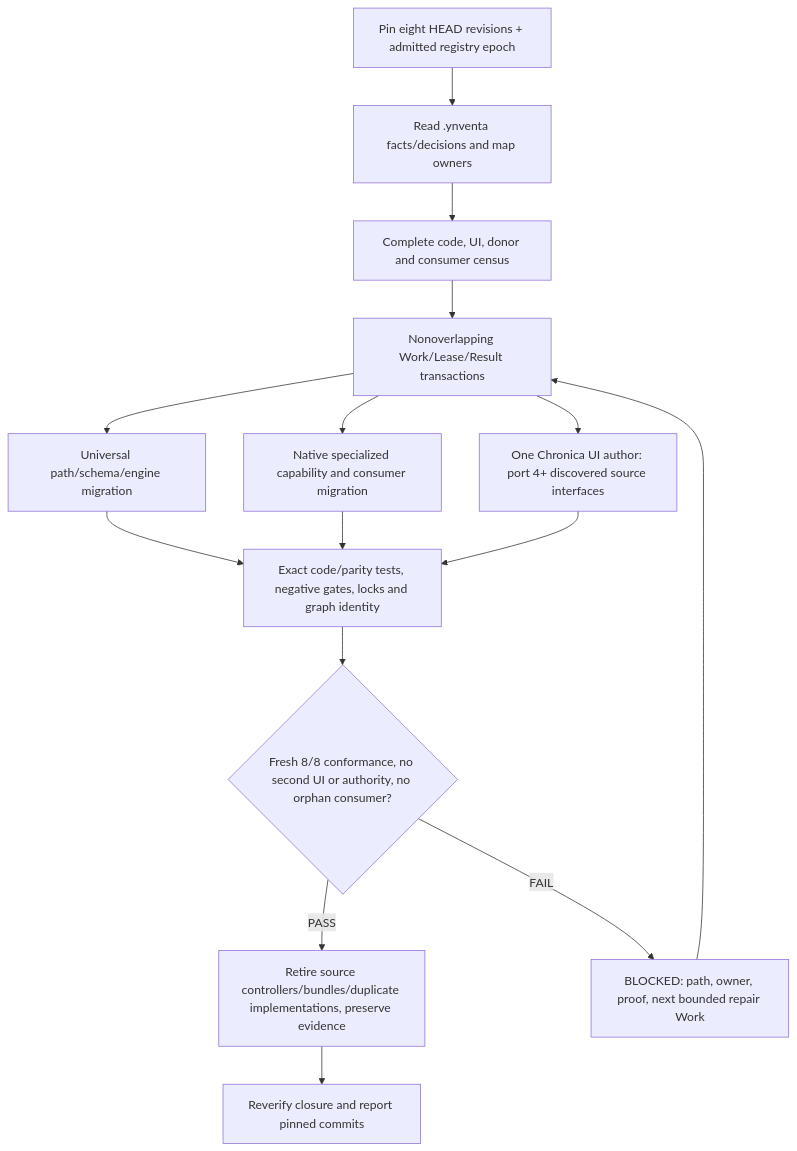
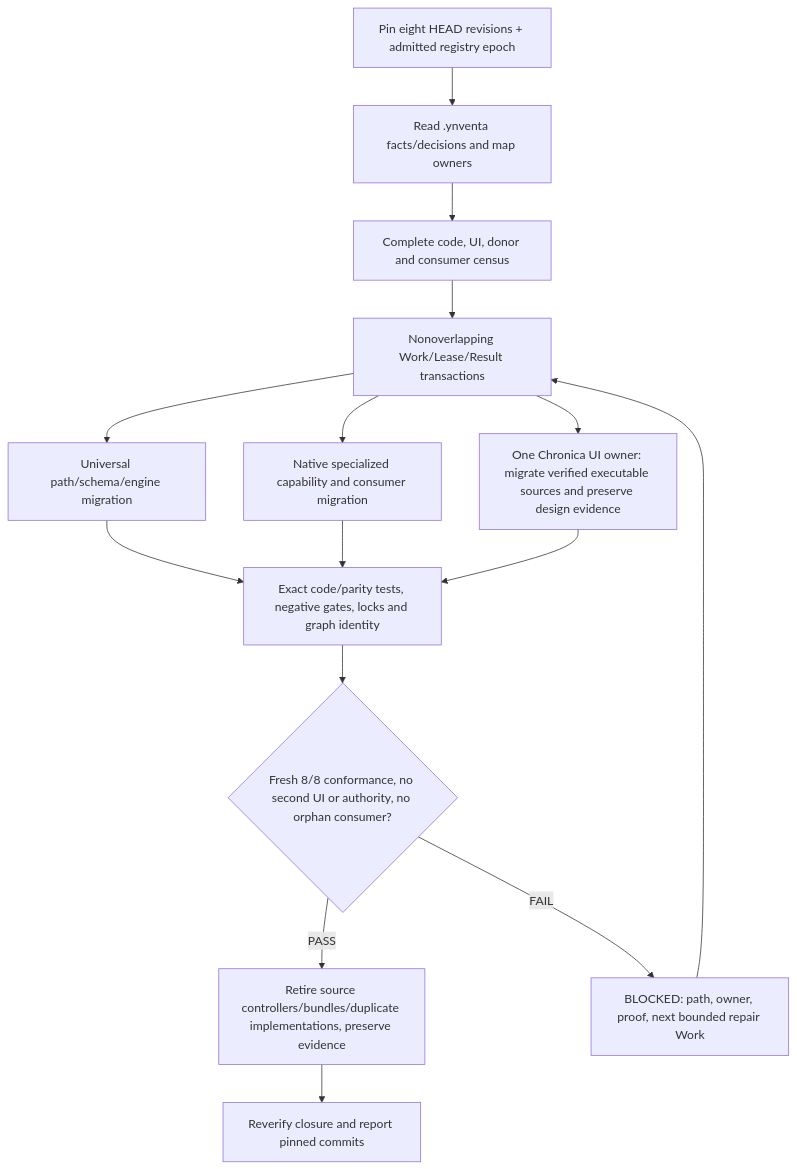
Before and after one commit to llgtrn/Atlas-Studio: the second of 2 diagrams in tools/build/FINALIZE-GOAL-PROMPT.md, drawn with Mermaid. The commit also changed other lines of this file and 10 other files, not shown here.

````diff
--- a/tools/build/FINALIZE-GOAL-PROMPT.md
+++ b/tools/build/FINALIZE-GOAL-PROMPT.md
@@ -116,17 +116,17 @@
 ```mermaid
 flowchart TB
     PIN["Pin eight HEAD revisions + admitted registry epoch"] --> DEC["Read .ynventa facts/decisions and map owners"]
     DEC --> CENSUS["Complete code, UI, donor and consumer census"]
     CENSUS --> PLAN["Nonoverlapping Work/Lease/Result transactions"]
     PLAN --> CORE["Universal path/schema/engine migration"]
     PLAN --> NAT["Native specialized capability and consumer migration"]
-    PLAN --> UI["One Chronica UI author: port 4+ discovered source interfaces"]
+    PLAN --> UI["One Chronica UI owner: migrate verified executable sources and preserve design evidence"]
     CORE --> VERIFY["Exact code/parity tests, negative gates, locks and graph identity"]
     NAT --> VERIFY
     UI --> VERIFY
     VERIFY --> G{"Fresh 8/8 conformance, no second UI or authority, no orphan consumer?"}
     G -->|"PASS"| RETIRE["Retire source controllers/bundles/duplicate implementations, preserve evidence"]
     RETIRE --> CHECK["Reverify closure and report pinned commits"]
     G -->|"FAIL"| BLOCK["BLOCKED: path, owner, proof, next bounded repair Work"]
     BLOCK --> PLAN
 ```
````
